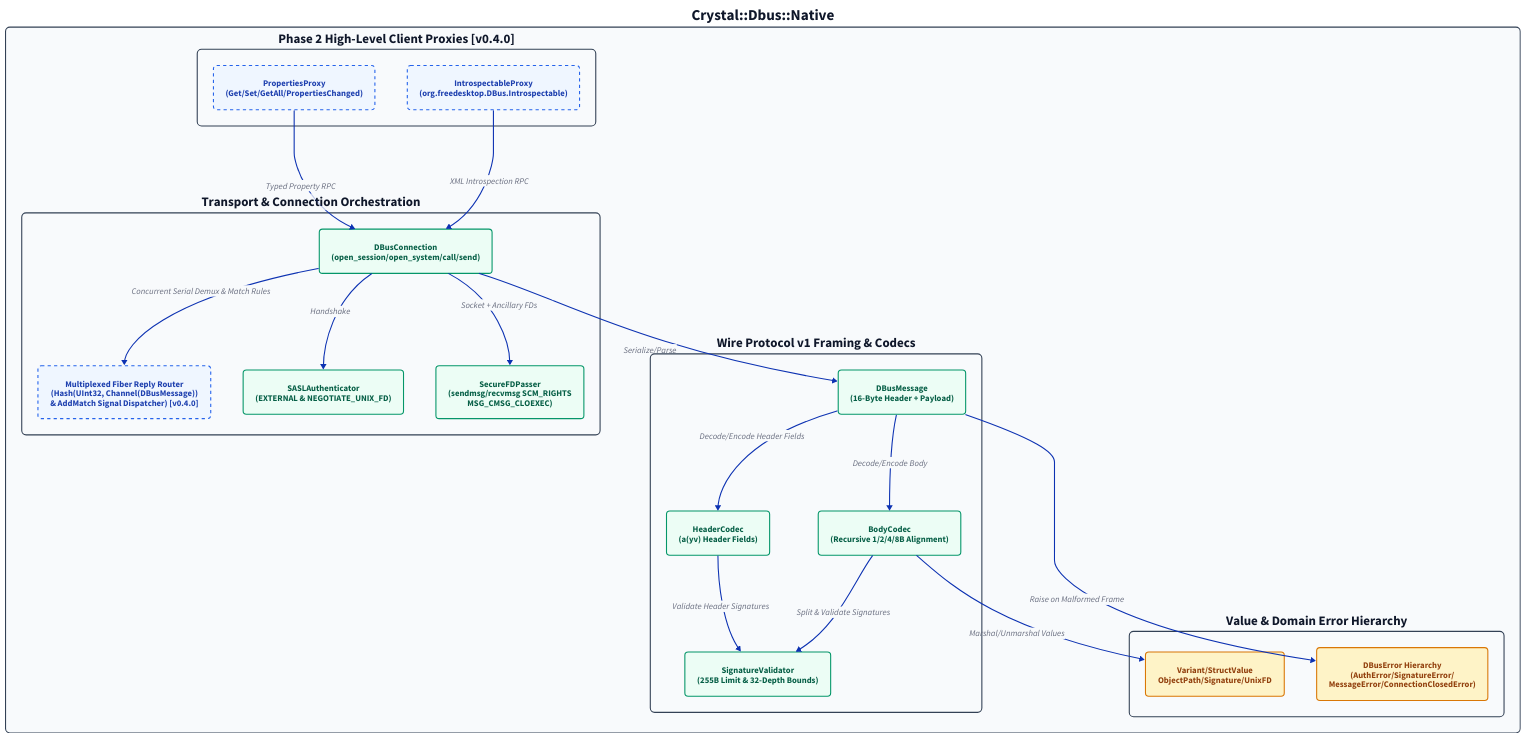
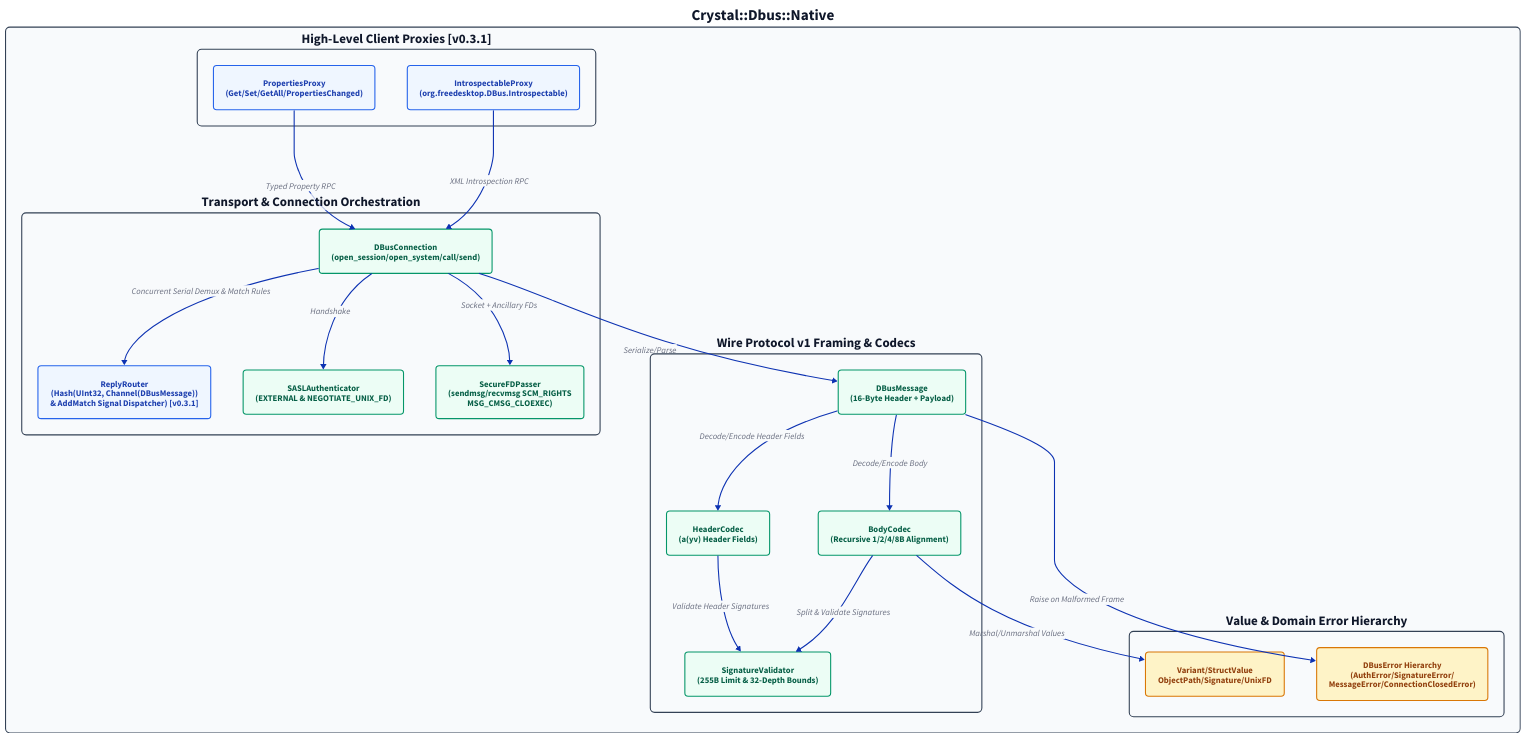
Before and after one commit to renich/crystal-dbus-native: the diagram in docs/diagrams/architecture.d2, drawn with D2. The commit also changed 36 other files, not shown here.

First line of the commit message:
feat(dbus): implement multiplexed ReplyRouter, signal subscriptions, and proxies for v0.3.1

```diff
--- a/docs/diagrams/architecture.d2
+++ b/docs/diagrams/architecture.d2
@@ -1,119 +1,118 @@
 direction: down
 
 classes: {
   container: {
     style: {
       stroke: "#334155"
       stroke-width: 2
       border-radius: 8
       fill: "#f8fafc"
       font-color: "#0f172a"
       bold: true
     }
   }
   v1_module: {
     shape: rectangle
     style: {
       fill: "#ecfdf5"
       stroke: "#059669"
       stroke-width: 2
       border-radius: 6
       font-color: "#065f46"
       bold: true
     }
   }
   v2_module: {
     shape: rectangle
     style: {
       fill: "#eff6ff"
       stroke: "#2563eb"
       stroke-width: 2
-      stroke-dash: 3
       border-radius: 6
       font-color: "#1e40af"
       bold: true
     }
   }
   value_type: {
     shape: rectangle
     style: {
       fill: "#fef3c7"
       stroke: "#d97706"
       stroke-width: 2
       border-radius: 6
       font-color: "#92400e"
       bold: true
     }
   }
 }
 
 namespace: "Crystal::Dbus::Native" {
   class: container
 
-  proxies: "Phase 2 High-Level Client Proxies [v0.4.0]" {
+  proxies: "High-Level Client Proxies [v0.3.1]" {
     class: container
     properties_proxy: "PropertiesProxy\n(Get/Set/GetAll/PropertiesChanged)" {
       class: v2_module
     }
     introspect_proxy: "IntrospectableProxy\n(org.freedesktop.DBus.Introspectable)" {
       class: v2_module
     }
   }
 
   transport: "Transport & Connection Orchestration" {
     class: container
     conn: "DBusConnection\n(open_session/open_system/call/send)" {
       class: v1_module
     }
-    router: "Multiplexed Fiber Reply Router\n(Hash(UInt32, Channel(DBusMessage))\n& AddMatch Signal Dispatcher) [v0.4.0]" {
+    router: "ReplyRouter\n(Hash(UInt32, Channel(DBusMessage))\n& AddMatch Signal Dispatcher) [v0.3.1]" {
       class: v2_module
     }
     sasl: "SASLAuthenticator\n(EXTERNAL & NEGOTIATE_UNIX_FD)" {
       class: v1_module
     }
     fd_passer: "SecureFDPasser\n(sendmsg/recvmsg SCM_RIGHTS\nMSG_CMSG_CLOEXEC)" {
       class: v1_module
     }
   }
 
   framing: "Wire Protocol v1 Framing & Codecs" {
     class: container
     msg: "DBusMessage\n(16-Byte Header + Payload)" {
       class: v1_module
     }
     header_codec: "HeaderCodec\n(a(yv) Header Fields)" {
       class: v1_module
     }
     sig_validator: "SignatureValidator\n(255B Limit & 32-Depth Bounds)" {
       class: v1_module
     }
     body_codec: "BodyCodec\n(Recursive 1/2/4/8B Alignment)" {
       class: v1_module
     }
   }
 
   types: "Value & Domain Error Hierarchy" {
     class: container
     variant: "Variant/StructValue\nObjectPath/Signature/UnixFD" {
       class: value_type
     }
     errors: "DBusError Hierarchy\n(AuthError/SignatureError/\nMessageError/ConnectionClosedError)" {
       class: value_type
     }
   }
 
   proxies.properties_proxy -> transport.conn: "Typed Property RPC"
   proxies.introspect_proxy -> transport.conn: "XML Introspection RPC"
 
   transport.conn -> transport.router: "Concurrent Serial Demux & Match Rules"
   transport.conn -> transport.sasl: "Handshake"
   transport.conn -> transport.fd_passer: "Socket + Ancillary FDs"
   transport.conn -> framing.msg: "Serialize/Parse"
 
   framing.msg -> framing.header_codec: "Decode/Encode Header Fields"
   framing.msg -> framing.body_codec: "Decode/Encode Body"
   framing.header_codec -> framing.sig_validator: "Validate Header Signatures"
   framing.body_codec -> framing.sig_validator: "Split & Validate Signatures"
   framing.body_codec -> types.variant: "Marshal/Unmarshal Values"
   framing.msg -> types.errors: "Raise on Malformed Frame"
 }
```
